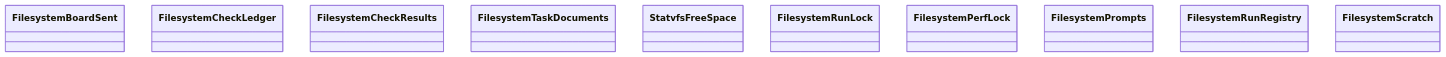
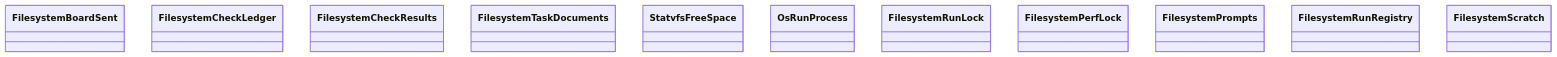
Before and after one commit to GonzaloZevallos/agentic-system: the diagram in docs/architecture/generated/classes-process-adapters-filesystem.md, drawn with Mermaid. The commit also changed 16 other files, not shown here.

````diff
--- a/docs/architecture/generated/classes-process-adapters-filesystem.md
+++ b/docs/architecture/generated/classes-process-adapters-filesystem.md
@@ -11,13 +11,14 @@
 ```mermaid
 classDiagram
     class filesystem__board_sent__FilesystemBoardSent["FilesystemBoardSent"]
     class filesystem__check_ledger__FilesystemCheckLedger["FilesystemCheckLedger"]
     class filesystem__check_results__FilesystemCheckResults["FilesystemCheckResults"]
     class filesystem__documents__FilesystemTaskDocuments["FilesystemTaskDocuments"]
     class filesystem__free_space__StatvfsFreeSpace["StatvfsFreeSpace"]
+    class filesystem__liveness__OsRunProcess["OsRunProcess"]
     class filesystem__lock__FilesystemRunLock["FilesystemRunLock"]
     class filesystem__perf_lock__FilesystemPerfLock["FilesystemPerfLock"]
     class filesystem__prompts__FilesystemPrompts["FilesystemPrompts"]
     class filesystem__run_registry__FilesystemRunRegistry["FilesystemRunRegistry"]
     class filesystem__scratch__FilesystemScratch["FilesystemScratch"]
 ```
````
